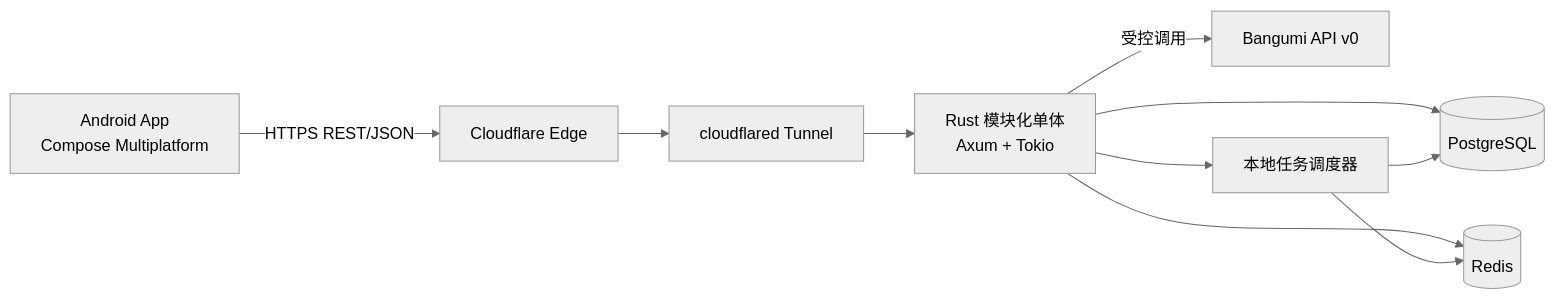
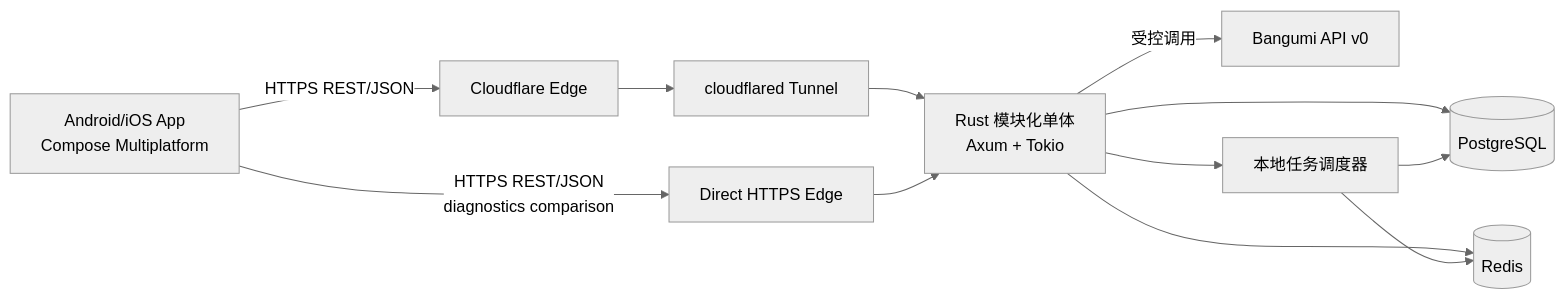
One commit to Sherlock-Holmos/anime changed the first of 9 diagrams in docs/anime项目完整详细设计文档.md. Above: the diagram before and after it, drawn with Mermaid (neutral theme). The commit also changed other lines of this file and 10 other files, not shown here.

Commit message:
feat(ios): add dual API entrance diagnostics

````diff
--- a/docs/anime项目完整详细设计文档.md
+++ b/docs/anime项目完整详细设计文档.md
@@ -381,12 +381,14 @@
 ```mermaid
 flowchart LR
-    A[Android App<br/>Compose Multiplatform] -->|HTTPS REST/JSON| CF[Cloudflare Edge]
+    A[Android/iOS App<br/>Compose Multiplatform] -->|HTTPS REST/JSON| CF[Cloudflare Edge]
+    A -->|HTTPS REST/JSON<br/>diagnostics comparison| DE[Direct HTTPS Edge]
     CF --> T[cloudflared Tunnel]
     T --> API[Rust 模块化单体<br/>Axum + Tokio]
+    DE --> API
     API --> PG[(PostgreSQL)]
     API --> R[(Redis)]
     API -->|受控调用| B[Bangumi API v0]
     API --> M[本地任务调度器]
     M --> PG
     M --> R
 ```
````
